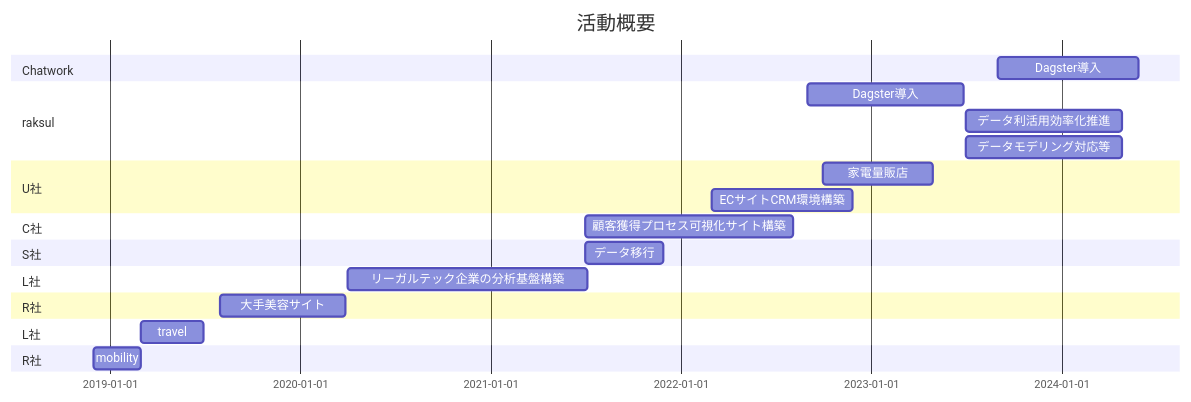
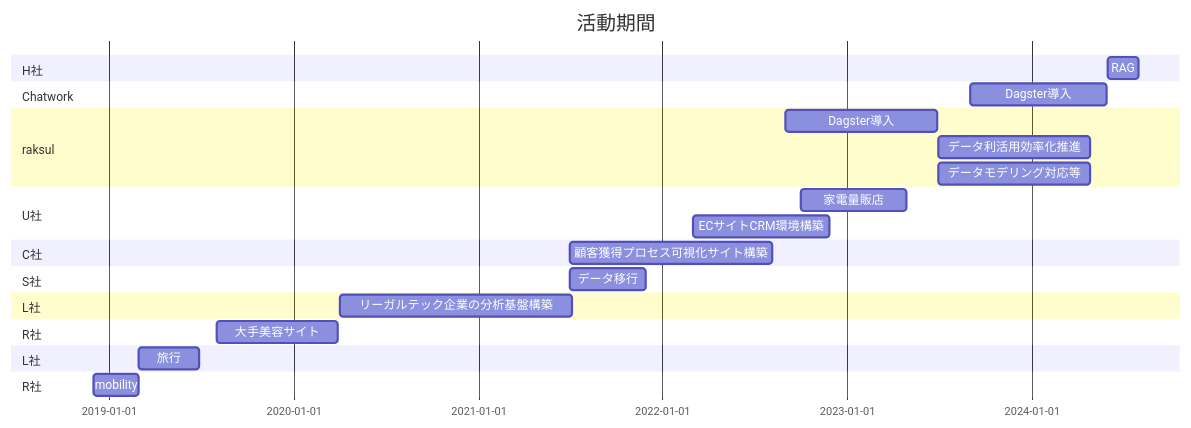
The diagram in README.md (sista05/Curriculum-Vitae), drawn with Mermaid before and after one commit. The commit also changed other lines of this file and 1 other file, not shown here.

````diff
--- a/README.md
+++ b/README.md
@@ -202,35 +203,38 @@
 ```mermaid
 gantt
-    title 活動概要
+    title 活動期間
     todayMarker off
+    section H社
+        RAG :2024-06-01, 60d
+
     section Chatwork
         Dagster導入  :2023-09-01, 270d
 
     section raksul
         Dagster導入 : 2022-09-01, 300d
         データ利活用効率化推進 : 2023-07-01, 300d
         データモデリング対応等 : 2023-07-01, 300d
     section U社
         家電量販店 : 2022-10-01, 210d
         ECサイトCRM環境構築 : 2022-03-01, 270d
 
     section C社
         顧客獲得プロセス可視化サイト構築 :2021-07-01, 400d
 
     section S社
         データ移行 :2021-07-01, 150d
 
     section L社
         リーガルテック企業の分析基盤構築 :2020-04-01, 460d
 
     section R社
         大手美容サイト : 2019-08-01, 240d
 
     section L社 
-        travel : 2019-03-01, 120d
+        旅行 : 2019-03-01, 120d
 
     section R社 
         mobility : 2018-12-01, 90d
 
 
 ```
````
